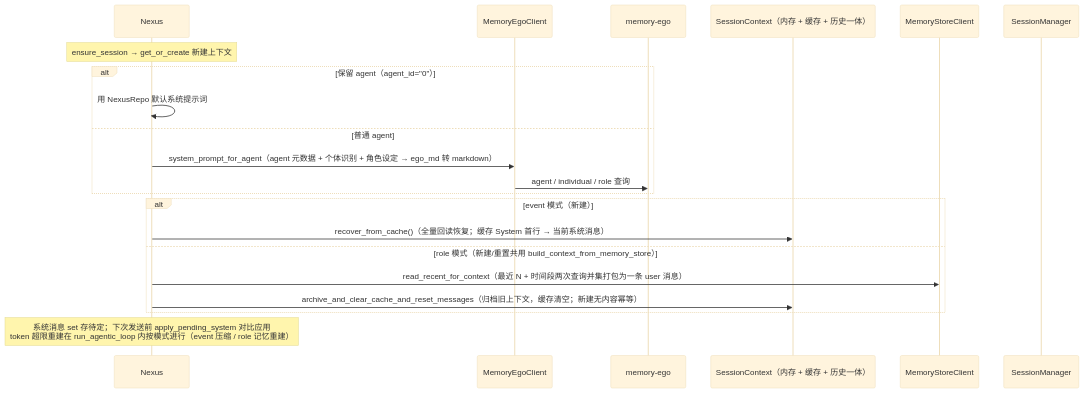
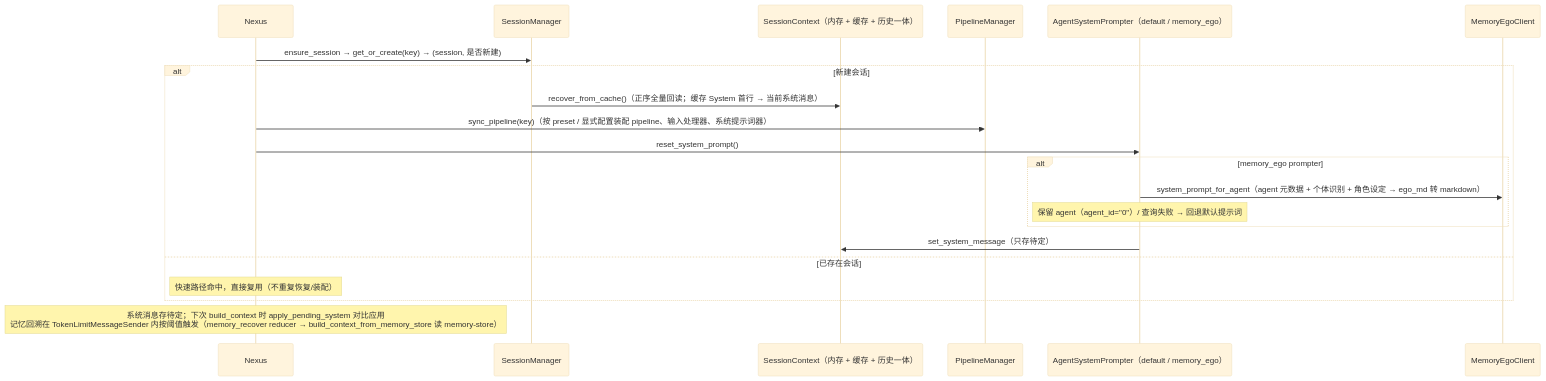
Before and after one commit to coldcloude/kissbot: the fifth of 5 diagrams in docs/spec/agent-modules.md, drawn with Mermaid (base theme). The commit also changed other lines of this file and 16 other files, not shown here.

````diff
--- a/docs/spec/agent-modules.md
+++ b/docs/spec/agent-modules.md
@@ -194,24 +210,24 @@
 ```mermaid
 sequenceDiagram
     participant CO as Nexus
+    participant SM as SessionManager
+    participant SC as SessionContext（内存 + 缓存 + 历史一体）
+    participant PLS as PipelineManager
+    participant SP as AgentSystemPrompter（default / memory_ego）
     participant MEC as MemoryEgoClient
-    participant EG as memory-ego
-    participant SC as SessionContext（内存 + 缓存 + 历史一体）
-    participant MSC as MemoryStoreClient
-    participant SM as SessionManager
 
-    Note over CO: ensure_session → get_or_create 新建上下文
-    alt 保留 agent（agent_id="0"）
-        CO->>CO: 用 NexusRepo 默认系统提示词
-    else 普通 agent
-        CO->>MEC: system_prompt_for_agent（agent 元数据 + 个体识别 + 角色设定 → ego_md 转 markdown）
-        MEC->>EG: agent / individual / role 查询
+    CO->>SM: ensure_session → get_or_create(key) → (session, 是否新建)
+    alt 新建会话
+        SM->>SC: recover_from_cache()（正序全量回读；缓存 System 首行 → 当前系统消息）
+        CO->>PLS: sync_pipeline(key)（按 preset / 显式配置装配 pipeline、输入处理器、系统提示词器）
+        CO->>SP: reset_system_prompt()
+        alt memory_ego prompter
+            SP->>MEC: system_prompt_for_agent（agent 元数据 + 个体识别 + 角色设定 → ego_md 转 markdown）
+            Note over SP: 保留 agent（agent_id="0"）/ 查询失败 → 回退默认提示词
+        end
+        SP->>SC: set_system_message（只存待定）
+    else 已存在会话
+        Note over CO: 快速路径命中，直接复用（不重复恢复/装配）
     end
-    alt event 模式（新建）
-        CO->>SC: recover_from_cache()（全量回读恢复；缓存 System 首行 → 当前系统消息）
-    else role 模式（新建/重置共用 build_context_from_memory_store）
-        CO->>MSC: read_recent_for_context（最近 N + 时间段两次查询并集打包为一条 user 消息）
-        CO->>SC: archive_and_clear_cache_and_reset_messages（归档旧上下文，缓存清空；新建无内容幂等）
-    end
-    Note over CO: 系统消息 set 存待定；下次发送前 apply_pending_system 对比应用<br/>token 超限重建在 run_agentic_loop 内按模式进行（event 压缩 / role 记忆重建）
+    Note over CO: 系统消息存待定；下次 build_context 时 apply_pending_system 对比应用<br/>记忆回溯在 TokenLimitMessageSender 内按阈值触发（memory_recover reducer → build_context_from_memory_store 读 memory-store）
 ```
````
